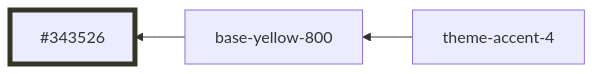
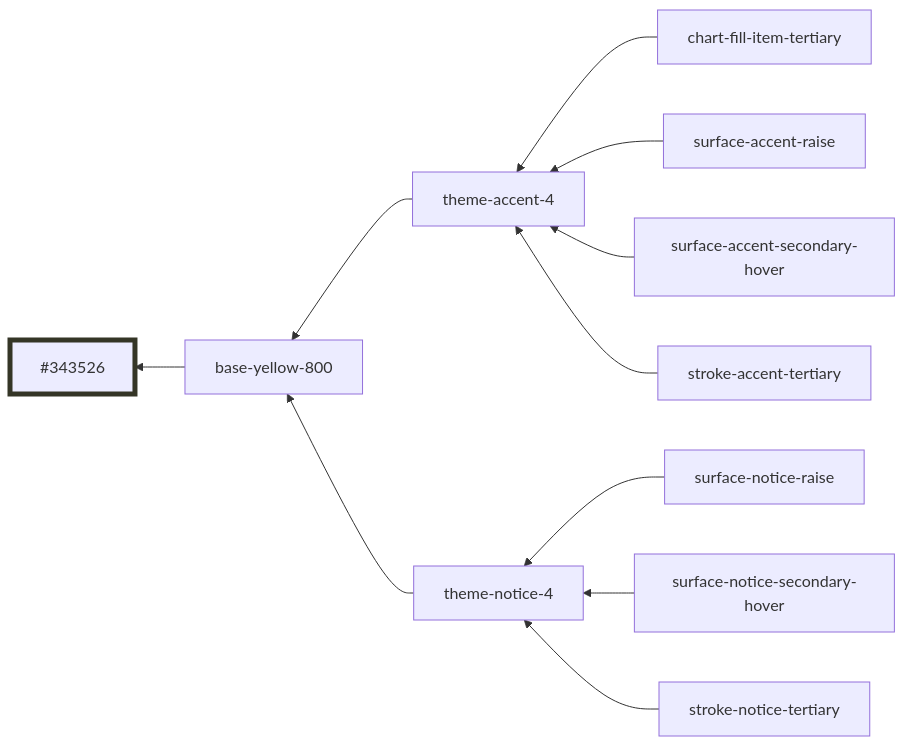
The ninth of 29 diagrams in libs/ui/styles/themes/operator-mode.md (oxidecomputer/console), drawn with Mermaid before and after one commit. The commit also changed other lines of this file and 4 other files, not shown here.

````diff
--- a/libs/ui/styles/themes/operator-mode.md
+++ b/libs/ui/styles/themes/operator-mode.md
@@ -83,7 +117,15 @@
 ```mermaid
 graph RL
   base-yellow-800 --> #343526:::base-yellow-800
   theme-accent-4 --> base-yellow-800
+  theme-notice-4 --> base-yellow-800
+  chart-fill-item-tertiary --> theme-accent-4
+  surface-accent-raise --> theme-accent-4
+  surface-accent-secondary-hover --> theme-accent-4
+  surface-notice-raise --> theme-notice-4
+  surface-notice-secondary-hover --> theme-notice-4
+  stroke-accent-tertiary --> theme-accent-4
+  stroke-notice-tertiary --> theme-notice-4
 
   classDef base-yellow-800 stroke-width:5,stroke:#343526
 ```
````
